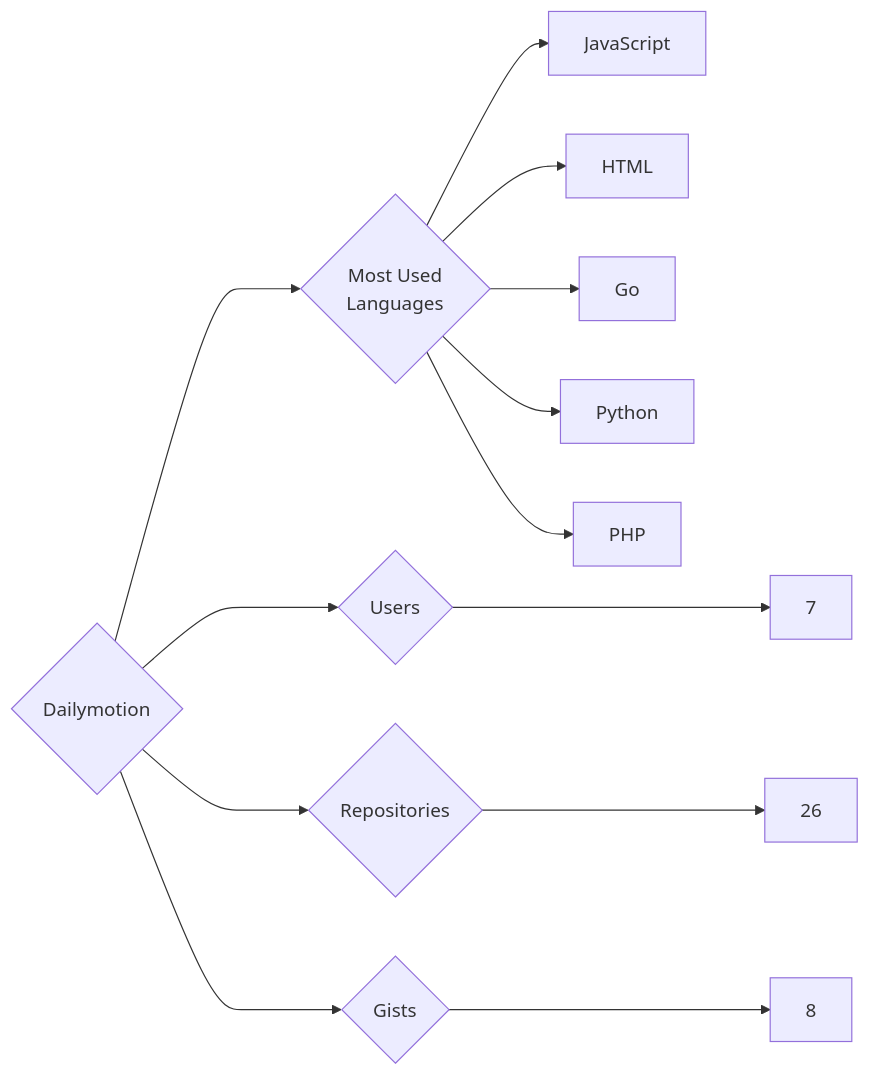
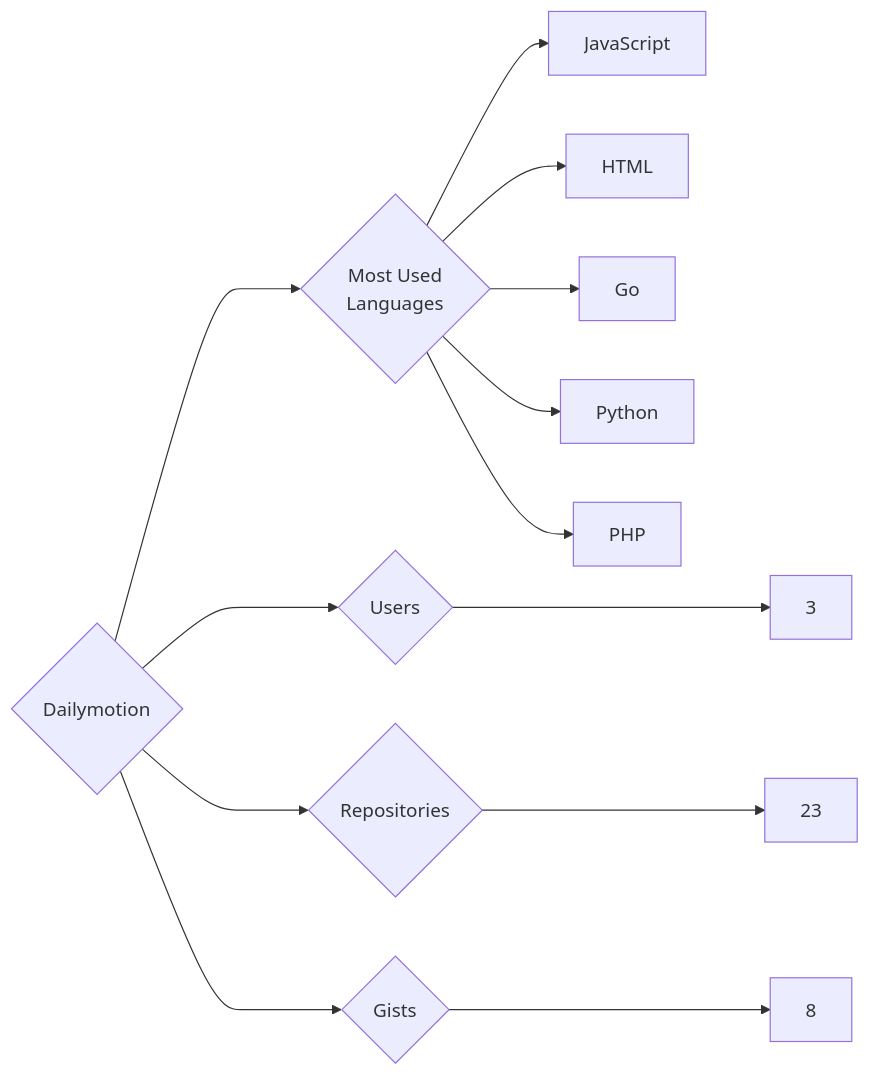
Before and after one commit to trickest/insiders: the diagram in targets/Dailymotion/README.md, drawn with Mermaid. The commit also changed 757 other files, not shown here.

````diff
--- a/targets/Dailymotion/README.md
+++ b/targets/Dailymotion/README.md
@@ -3,13 +3,13 @@
 ```mermaid
 graph LR
 COMPANY_NAME{Dailymotion}
-COMPANY_NAME ---> U{Users} ---> UN[7]
-COMPANY_NAME ---> R{Repositories} ---> RN[26]
+COMPANY_NAME ---> U{Users} ---> UN[3]
+COMPANY_NAME ---> R{Repositories} ---> RN[23]
 COMPANY_NAME ---> G{Gists} ---> GN[8]
 COMPANY_NAME ---> ML{Most Used<br>Languages}
 ML --> JavaScript[JavaScript]
 ML --> HTML[HTML]
 ML --> Go[Go]
 ML --> Python[Python]
 ML --> PHP[PHP]
 ```
````
